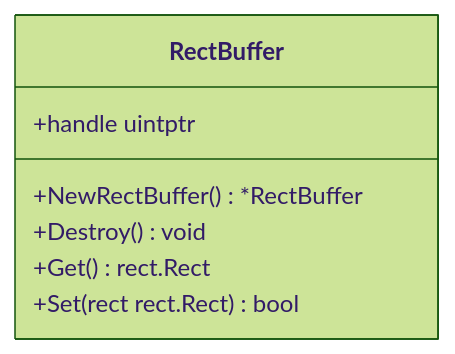
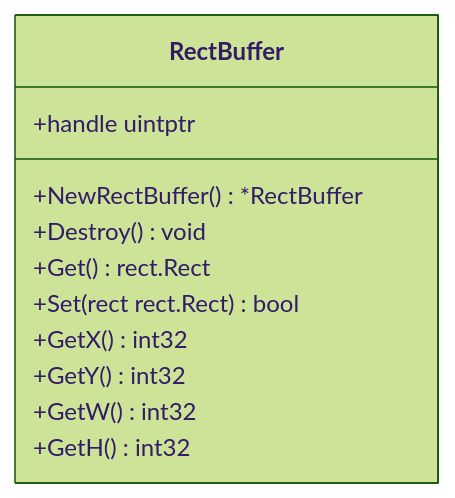
One commit to kqcoxn/MaaPipelineEditor changed the fourth of 7 diagrams in instructions/maafw-golang-binding/性能优化.md. Above: the diagram before and after it, drawn with Mermaid (forest theme). The commit also changed other lines of this file and 9 other files, not shown here.

````diff
--- a/instructions/maafw-golang-binding/性能优化.md
+++ b/instructions/maafw-golang-binding/性能优化.md
@@ -112,10 +138,14 @@
 ```mermaid
 classDiagram
 class RectBuffer {
 +handle uintptr
 +NewRectBuffer() *RectBuffer
 +Destroy() void
 +Get() rect.Rect
 +Set(rect rect.Rect) bool
++GetX() int32
++GetY() int32
++GetW() int32
++GetH() int32
 }
 ```
````
